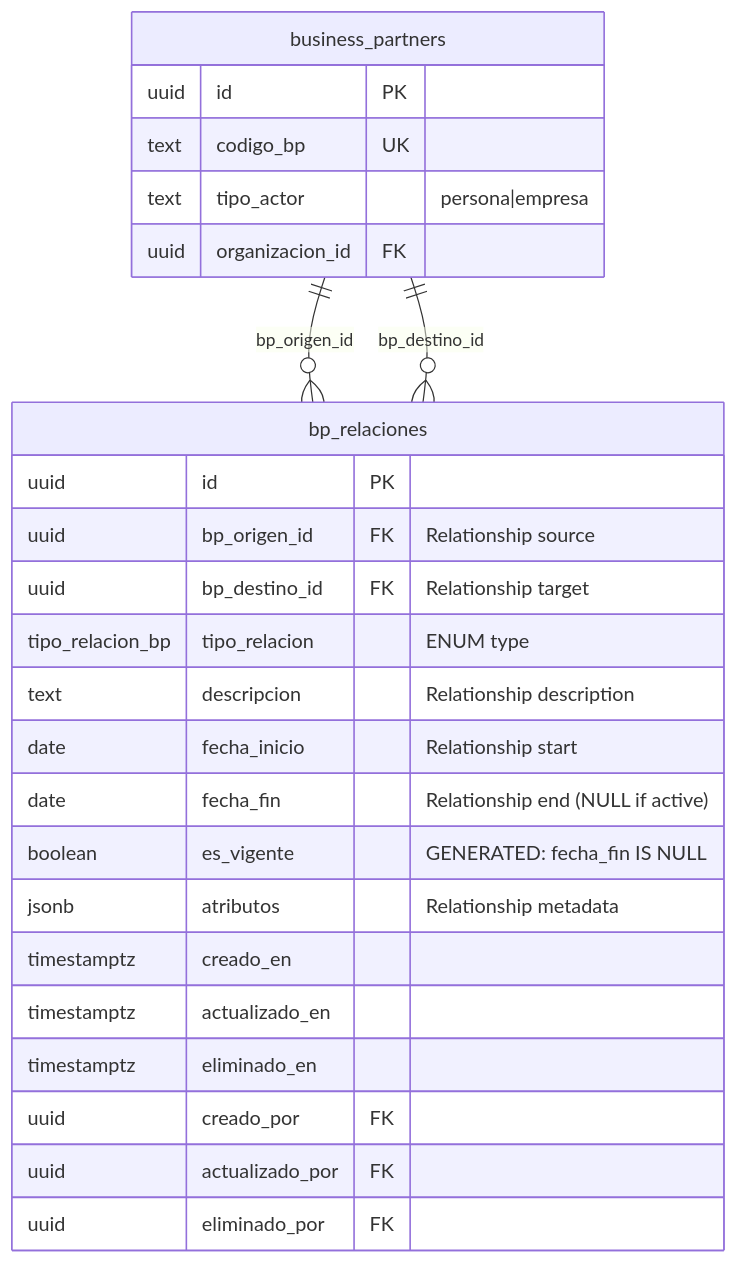
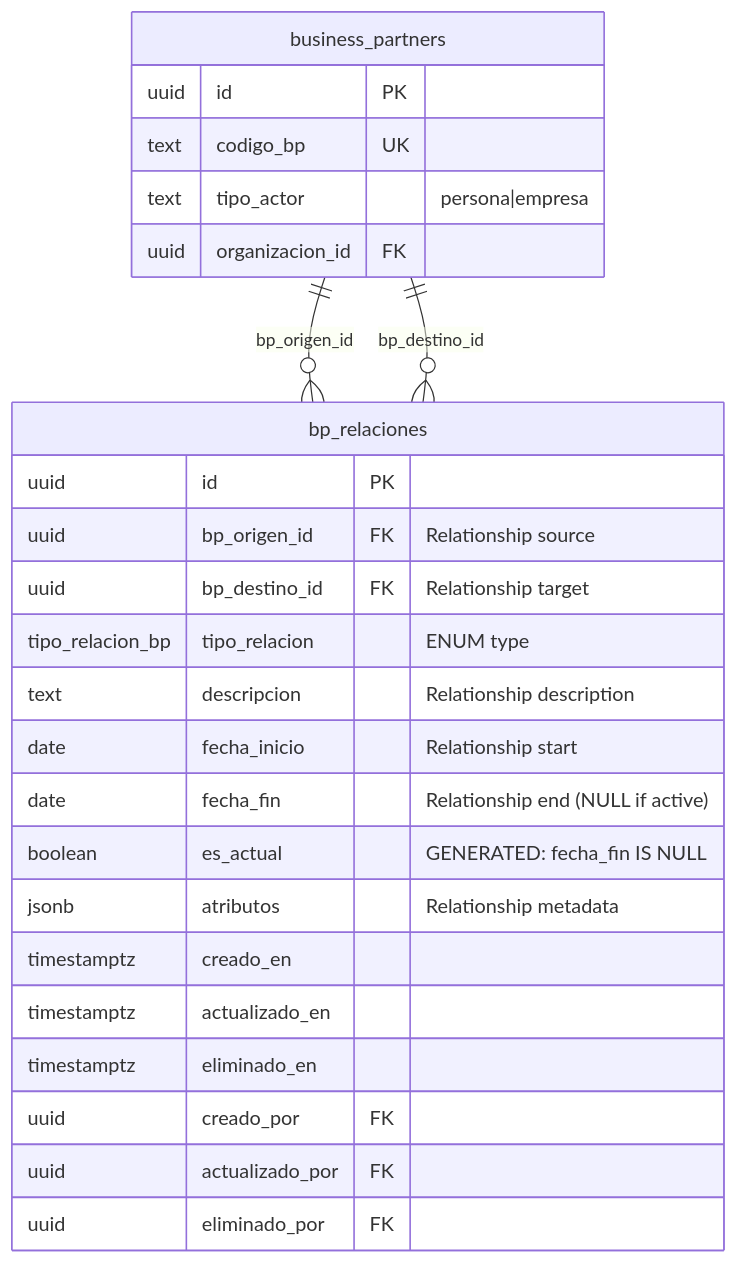
Before and after one commit to DINCCE/SOCIOS_ADMIN_CCE: the fourth of 7 diagrams in docs/database/SCHEMA.md, drawn with Mermaid. The commit also changed other lines of this file and 8 other files, not shown here.

````diff
--- a/docs/database/SCHEMA.md
+++ b/docs/database/SCHEMA.md
@@ -319,30 +379,30 @@
 ```mermaid
 erDiagram
     business_partners ||--o{ bp_relaciones : "bp_origen_id"
     business_partners ||--o{ bp_relaciones : "bp_destino_id"
 
     business_partners {
         uuid id PK
         text codigo_bp UK
         text tipo_actor "persona|empresa"
         uuid organizacion_id FK
     }
 
     bp_relaciones {
         uuid id PK
         uuid bp_origen_id FK "Relationship source"
         uuid bp_destino_id FK "Relationship target"
         tipo_relacion_bp tipo_relacion "ENUM type"
         text descripcion "Relationship description"
         date fecha_inicio "Relationship start"
         date fecha_fin "Relationship end (NULL if active)"
-        boolean es_vigente "GENERATED: fecha_fin IS NULL"
+        boolean es_actual "GENERATED: fecha_fin IS NULL"
         jsonb atributos "Relationship metadata"
         timestamptz creado_en
         timestamptz actualizado_en
         timestamptz eliminado_en
         uuid creado_por FK
         uuid actualizado_por FK
         uuid eliminado_por FK
     }
 ```
````
